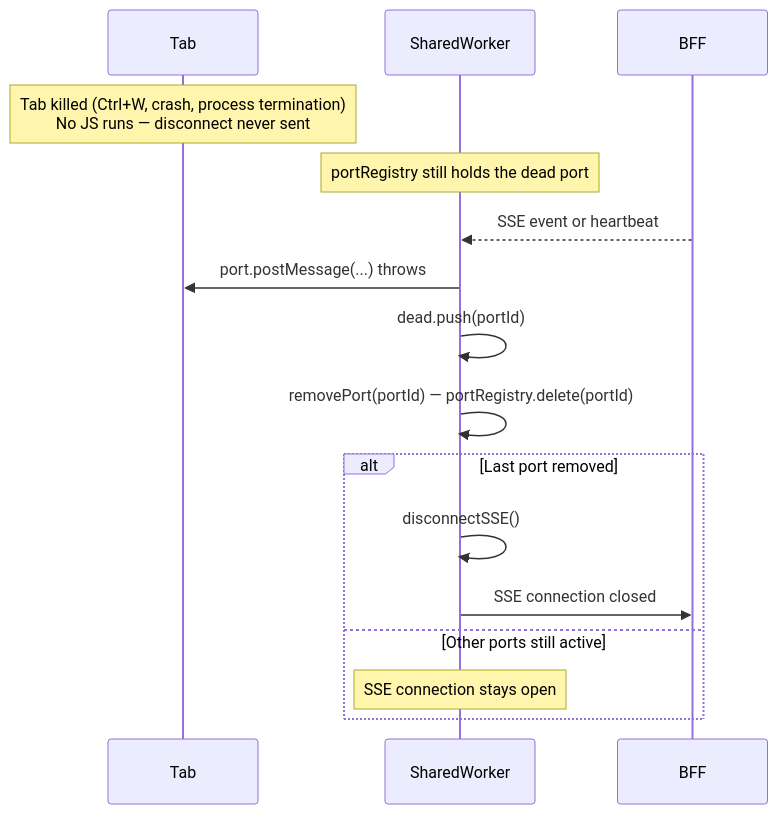
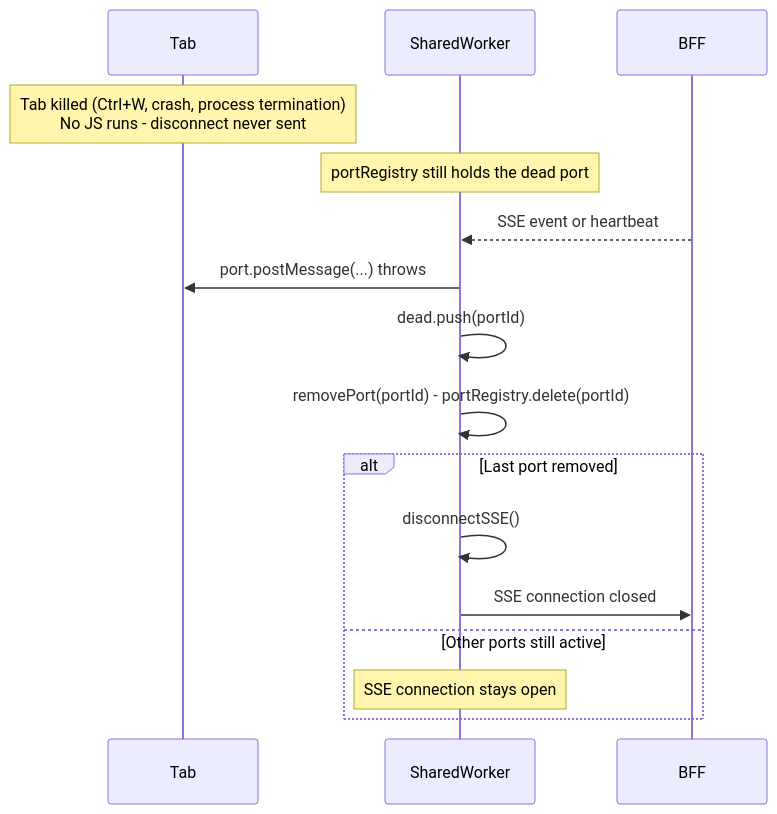
One commit to iarroyo/sse-demo changed the seventh of 7 diagrams in SSE-DIAGRAMS.md. Above: the diagram before and after it, drawn with Mermaid. The commit also changed other lines of this file, not shown here.

Commit message:
docs(diagrams): replace em dash with hyphen

````diff
--- a/SSE-DIAGRAMS.md
+++ b/SSE-DIAGRAMS.md
@@ -187,22 +187,22 @@
 ```mermaid
 sequenceDiagram
     participant Tab
     participant Worker as SharedWorker
     participant Server as BFF
 
-    Note over Tab: Tab killed (Ctrl+W, crash, process termination)<br/>No JS runs — disconnect never sent
+    Note over Tab: Tab killed (Ctrl+W, crash, process termination)<br/>No JS runs - disconnect never sent
 
     Note over Worker: portRegistry still holds the dead port
 
     Server-->>Worker: SSE event or heartbeat
     Worker->>Tab: port.postMessage(...) throws
     Worker->>Worker: dead.push(portId)
-    Worker->>Worker: removePort(portId) — portRegistry.delete(portId)
+    Worker->>Worker: removePort(portId) - portRegistry.delete(portId)
 
     alt Last port removed
         Worker->>Worker: disconnectSSE()
         Worker->>Server: SSE connection closed
     else Other ports still active
         Note over Worker: SSE connection stays open
     end
 ```
````
